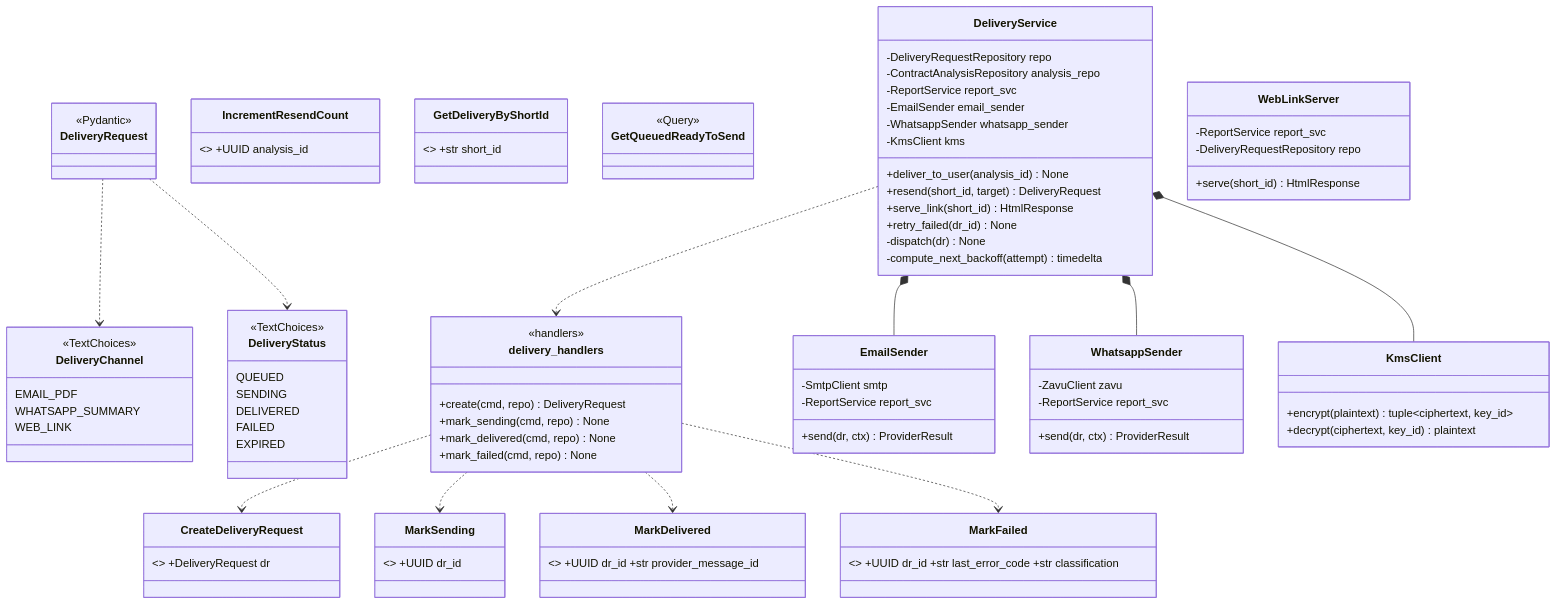
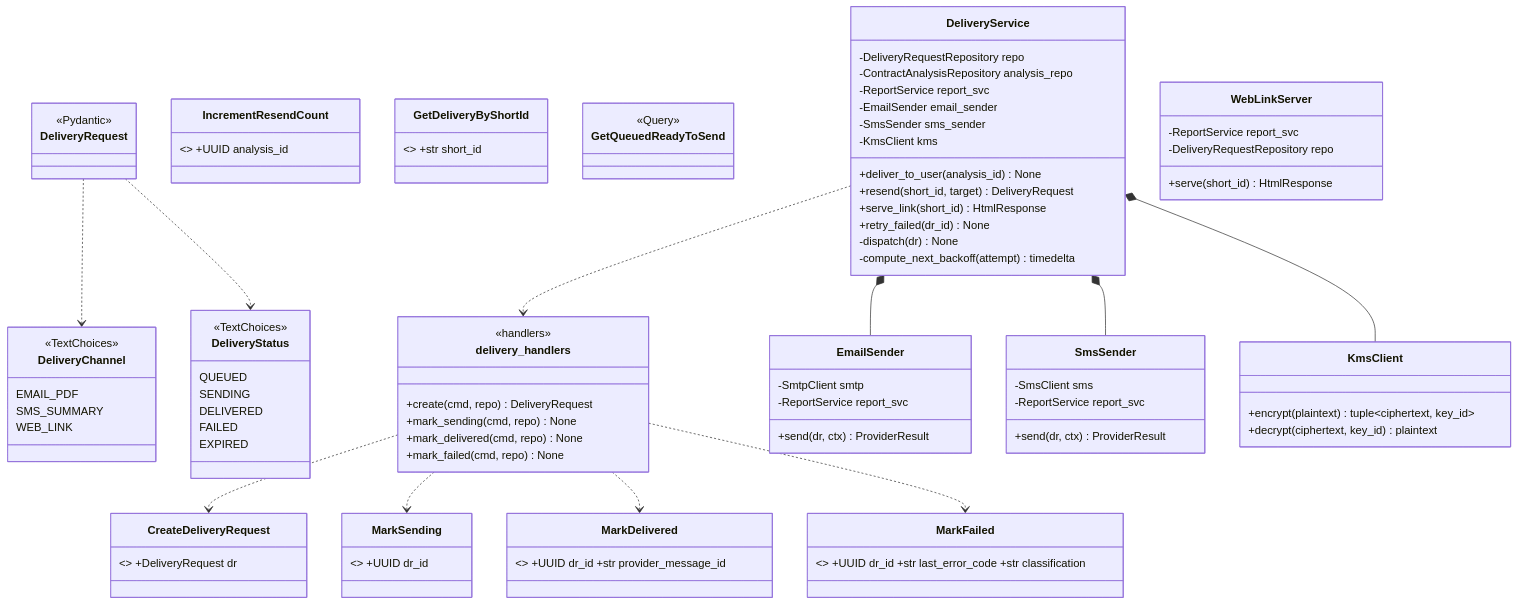
One commit to Casa-Segura/casa-segura changed the first of 12 diagrams in docs/analysis/F7_entrega_multicanal/SOLUTION_DIAGRAMS.md. Above: the diagram before and after it, drawn with Mermaid. The commit also changed other lines of this file and 67 other files, not shown here.

First line of the commit message:
docs(product): make SMS delivery canonical

````diff
--- a/docs/analysis/F7_entrega_multicanal/SOLUTION_DIAGRAMS.md
+++ b/docs/analysis/F7_entrega_multicanal/SOLUTION_DIAGRAMS.md
@@ -11,75 +11,75 @@
 ```mermaid
 classDiagram
     class DeliveryChannel {
         <<TextChoices>>
         EMAIL_PDF
-        WHATSAPP_SUMMARY
+        SMS_SUMMARY
         WEB_LINK
     }
     class DeliveryStatus {
         <<TextChoices>>
         QUEUED
         SENDING
         DELIVERED
         FAILED
         EXPIRED
     }
     class DeliveryRequest { <<Pydantic>> }
     class CreateDeliveryRequest { <<Command>> +DeliveryRequest dr }
     class MarkSending { <<Command>> +UUID dr_id }
     class MarkDelivered { <<Command>> +UUID dr_id +str provider_message_id }
     class MarkFailed { <<Command>> +UUID dr_id +str last_error_code +str classification }
     class IncrementResendCount { <<Command>> +UUID analysis_id }
     class GetDeliveryByShortId { <<Query>> +str short_id }
     class GetQueuedReadyToSend { <<Query>> }
     class delivery_handlers {
         <<handlers>>
         +create(cmd, repo) DeliveryRequest
         +mark_sending(cmd, repo) None
         +mark_delivered(cmd, repo) None
         +mark_failed(cmd, repo) None
     }
     class DeliveryService {
         -DeliveryRequestRepository repo
         -ContractAnalysisRepository analysis_repo
         -ReportService report_svc
         -EmailSender email_sender
-        -WhatsappSender whatsapp_sender
+        -SmsSender sms_sender
         -KmsClient kms
         +deliver_to_user(analysis_id) None
         +resend(short_id, target) DeliveryRequest
         +serve_link(short_id) HtmlResponse
         +retry_failed(dr_id) None
         -dispatch(dr) None
         -compute_next_backoff(attempt) timedelta
     }
     class EmailSender {
         -SmtpClient smtp
         -ReportService report_svc
         +send(dr, ctx) ProviderResult
     }
-    class WhatsappSender {
-        -ZavuClient zavu
+    class SmsSender {
+        -SmsClient sms
         -ReportService report_svc
         +send(dr, ctx) ProviderResult
     }
     class WebLinkServer {
         -ReportService report_svc
         -DeliveryRequestRepository repo
         +serve(short_id) HtmlResponse
     }
     class KmsClient {
         +encrypt(plaintext) tuple~ciphertext, key_id~
         +decrypt(ciphertext, key_id) plaintext
     }
     DeliveryRequest ..> DeliveryChannel
     DeliveryRequest ..> DeliveryStatus
     delivery_handlers ..> CreateDeliveryRequest
     delivery_handlers ..> MarkSending
     delivery_handlers ..> MarkDelivered
     delivery_handlers ..> MarkFailed
     DeliveryService *-- EmailSender
-    DeliveryService *-- WhatsappSender
+    DeliveryService *-- SmsSender
     DeliveryService *-- KmsClient
     DeliveryService ..> delivery_handlers
 ```
````
